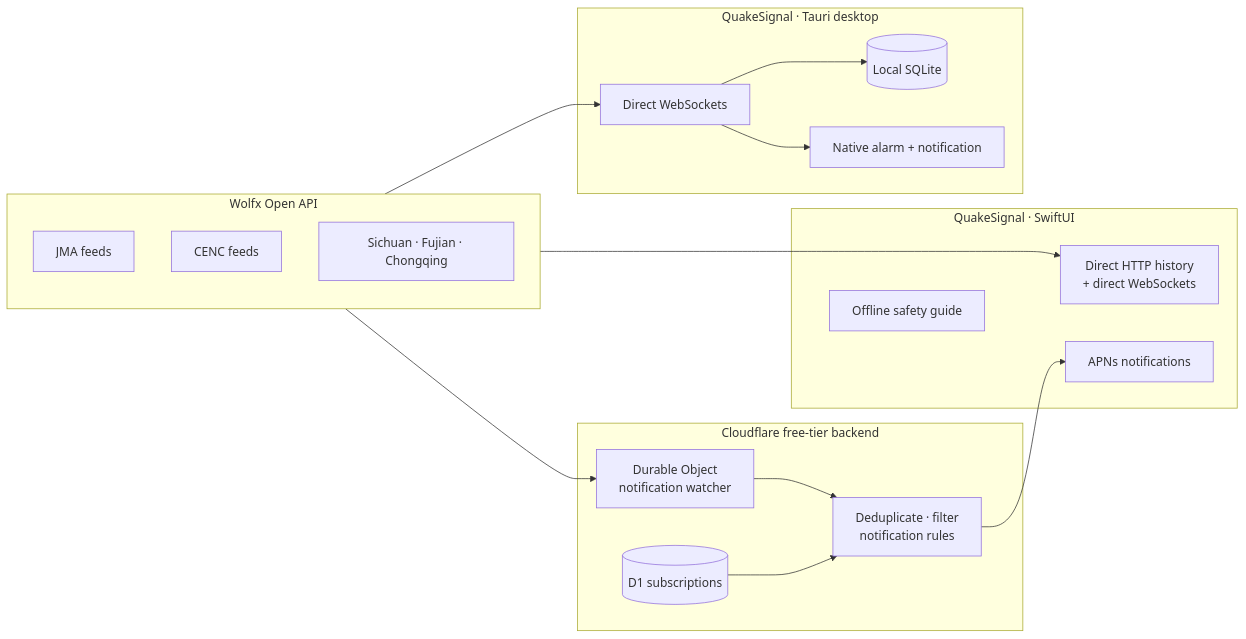
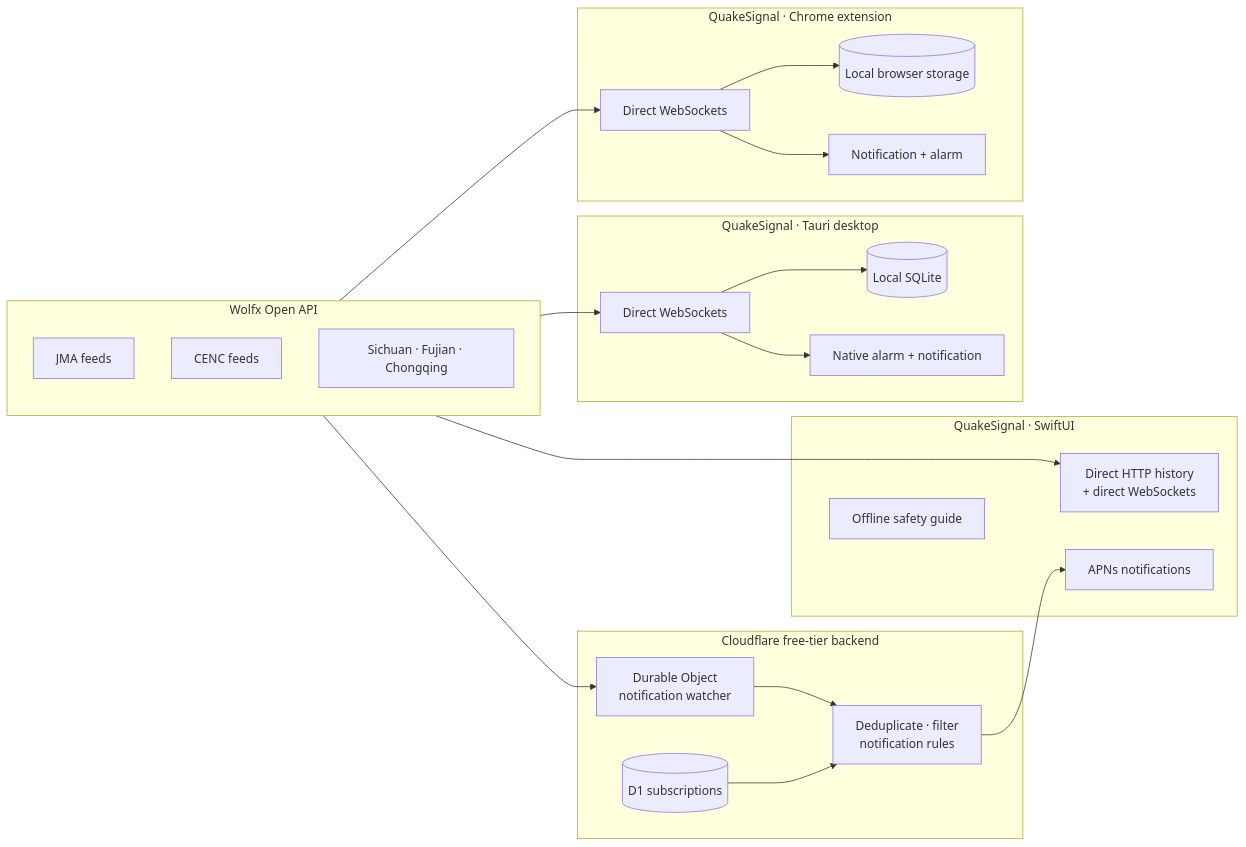
One commit to TastyHeadphones/QuakeSignal changed the diagram in README.md. Above: the diagram before and after it, drawn with Mermaid. The commit also changed other lines of this file and 23 other files, not shown here.

Commit message:
feat: add local-first Chrome extension

````diff
--- a/README.md
+++ b/README.md
@@ -69,33 +71,41 @@
 ```mermaid
 flowchart LR
     subgraph Sources["Wolfx Open API"]
         JMA["JMA feeds"]
         CENC["CENC feeds"]
         Regional["Sichuan · Fujian · Chongqing"]
     end
 
     subgraph Edge["Cloudflare free-tier backend"]
         Watcher["Durable Object<br/>notification watcher"]
         Filter["Deduplicate · filter<br/>notification rules"]
         DB[("D1 subscriptions")]
     end
 
     subgraph App["QuakeSignal · SwiftUI"]
         Foreground["Direct HTTP history<br/>+ direct WebSockets"]
         Background["APNs notifications"]
         Guide["Offline safety guide"]
     end
 
     subgraph Desktop["QuakeSignal · Tauri desktop"]
         Direct["Direct WebSockets"]
         Local[("Local SQLite")]
         NativeAlarm["Native alarm + notification"]
     end
 
+    subgraph Chrome["QuakeSignal · Chrome extension"]
+        BrowserDirect["Direct WebSockets"]
+        BrowserLocal[("Local browser storage")]
+        BrowserAlarm["Notification + alarm"]
+    end
+
     Sources --> Foreground
     Sources --> Watcher --> Filter
     DB --> Filter --> Background
     Guide --- App
     Sources --> Direct --> Local
     Direct --> NativeAlarm
+    Sources --> BrowserDirect --> BrowserLocal
+    BrowserDirect --> BrowserAlarm
 ```
````
